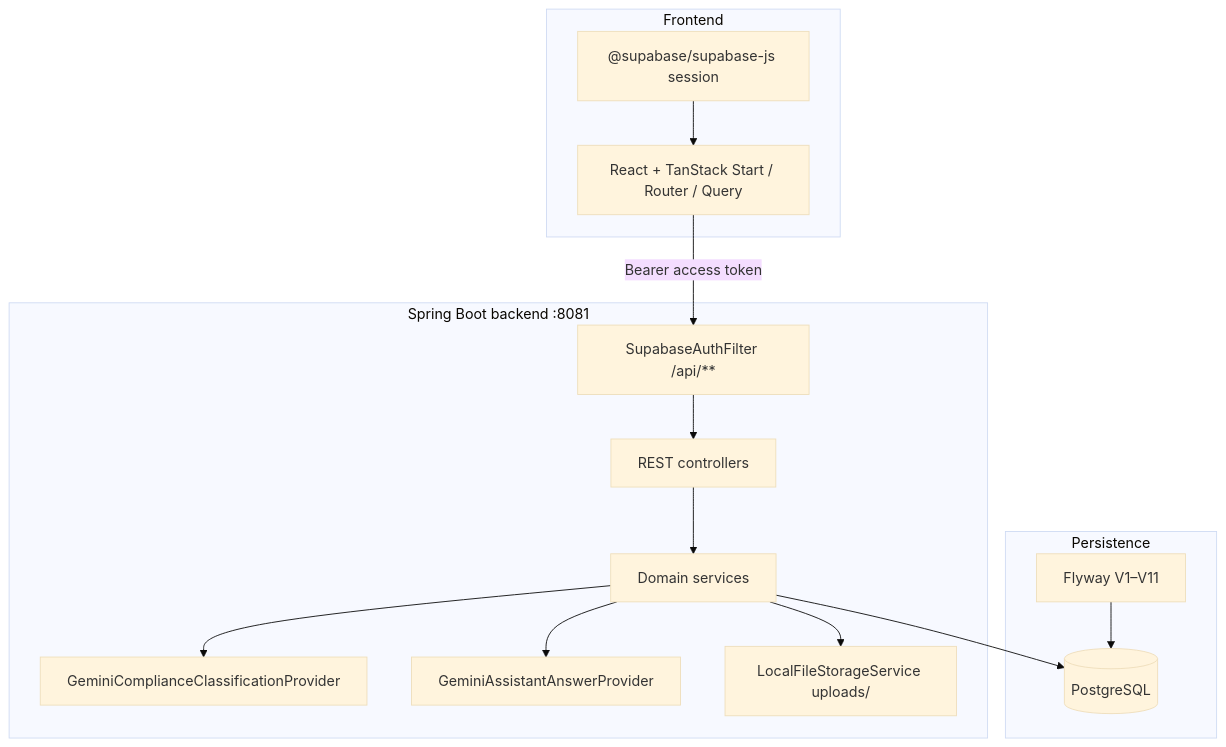
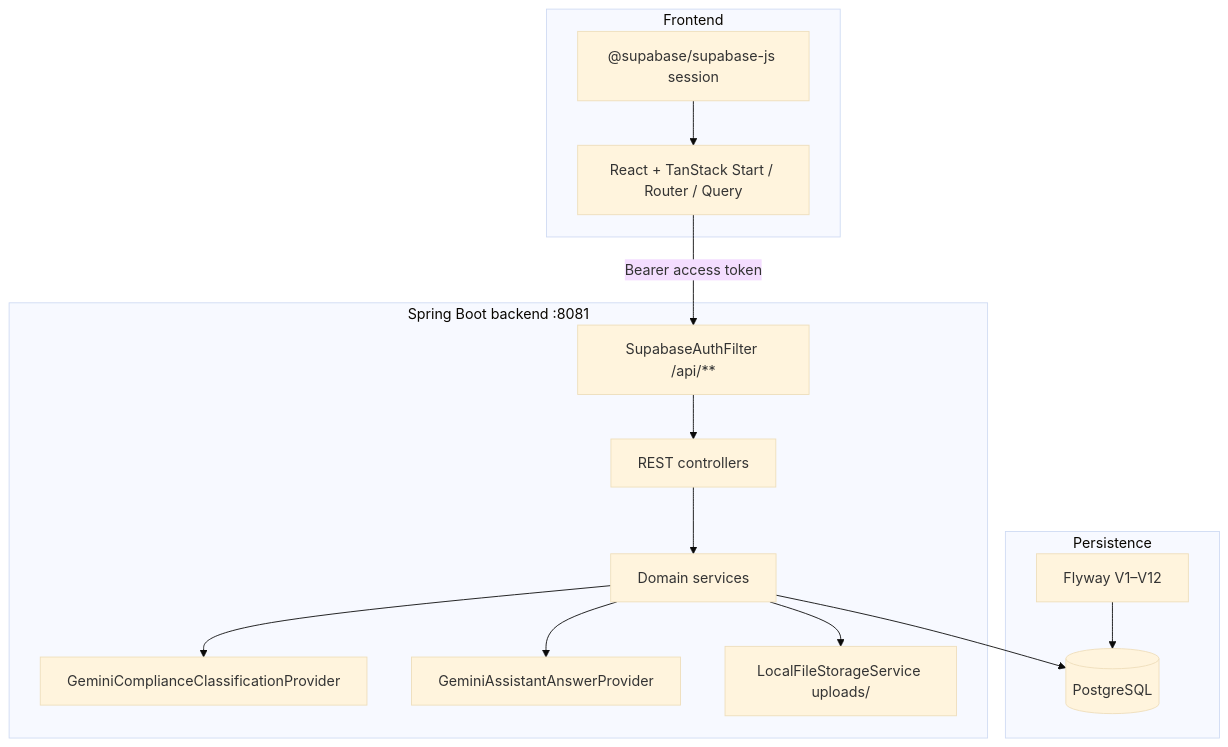
Before and after one commit to ItsAdi003/esg-genius-pro: the first of 3 diagrams in docs/ARCHITECTURE.md, drawn with Mermaid (base theme). The commit also changed other lines of this file and 51 other files, not shown here.

````diff
--- a/docs/ARCHITECTURE.md
+++ b/docs/ARCHITECTURE.md
@@ -7,31 +7,31 @@
 ```mermaid
 flowchart TB
   subgraph frontend ["Frontend"]
     UI["React + TanStack Start / Router / Query"]
     SupaClient["@supabase/supabase-js session"]
   end
 
   subgraph backend ["Spring Boot backend :8081"]
     AuthFilter["SupabaseAuthFilter /api/**"]
     Controllers["REST controllers"]
     Services["Domain services"]
     GeminiClass["GeminiComplianceClassificationProvider"]
     GeminiAssist["GeminiAssistantAnswerProvider"]
     LocalFS["LocalFileStorageService uploads/"]
   end
 
   subgraph data ["Persistence"]
     PG[(PostgreSQL)]
-    Flyway["Flyway V1–V11"]
+    Flyway["Flyway V1–V12"]
   end
 
   UI -->|"Bearer access token"| AuthFilter
   SupaClient --> UI
   AuthFilter --> Controllers
   Controllers --> Services
   Services --> PG
   Flyway --> PG
   Services --> LocalFS
   Services --> GeminiClass
   Services --> GeminiAssist
 ```
````
